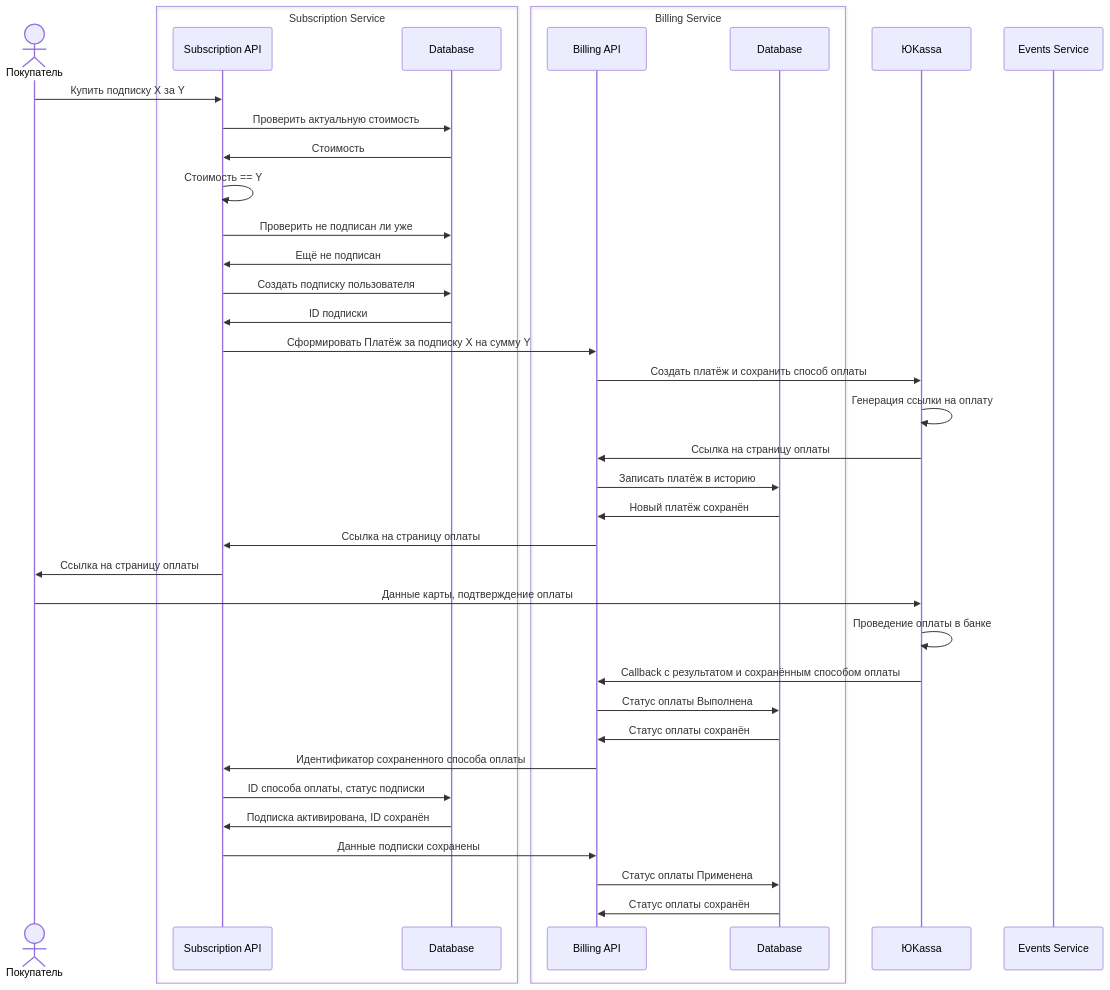
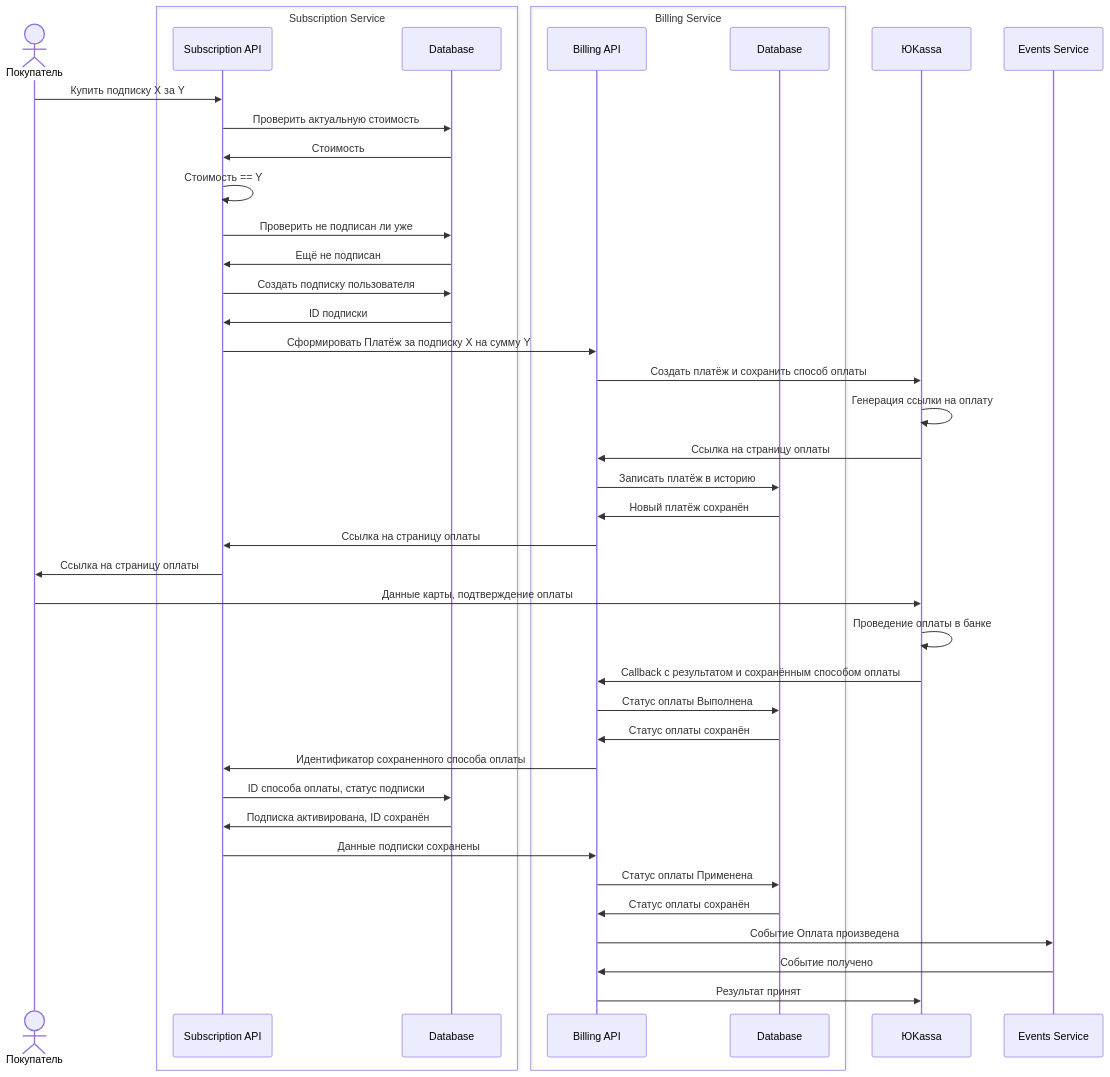
One commit to smb13/graduate_work changed the second of 4 diagrams in architecture/sequence_diagram.md. Above: the diagram before and after it, drawn with Mermaid.

Commit message:
fix sequence_diagram.md Оплата подписки

````diff
--- a/architecture/sequence_diagram.md
+++ b/architecture/sequence_diagram.md
@@ -16,45 +16,47 @@
 ```mermaid
 sequenceDiagram
     actor User as Покупатель
     box Subscription Service
         participant SubAPI as Subscription API
         participant SubDB as Database
     end
     box Billing Service
         participant BillAPI as Billing API
         participant BillDB as Database
     end
     participant YooKassa as ЮKassa
     participant Events as Events Service
 
     User->>SubAPI: Купить подписку X за Y
     SubAPI->>SubDB: Проверить актуальную стоимость
     SubDB->>SubAPI: Стоимость
     SubAPI->>SubAPI: Стоимость == Y
     SubAPI->>SubDB: Проверить не подписан ли уже
     SubDB->>SubAPI: Ещё не подписан
     SubAPI->>SubDB: Создать подписку пользователя
     SubDB->>SubAPI: ID подписки
 
     SubAPI->>BillAPI: Сформировать Платёж за подписку X на сумму Y
     BillAPI->>YooKassa: Создать платёж и сохранить способ оплаты
     YooKassa->>YooKassa: Генерация ссылки на оплату
     YooKassa->>BillAPI: Ссылка на страницу оплаты
     BillAPI->>BillDB: Записать платёж в историю
     BillDB->>BillAPI: Новый платёж сохранён
     BillAPI->>SubAPI: Ссылка на страницу оплаты
     SubAPI->>User: Ссылка на страницу оплаты
 
     User->>YooKassa: Данные карты, подтверждение оплаты
     YooKassa->>YooKassa: Проведение оплаты в банке
     YooKassa->>BillAPI: Callback с результатом и сохранённым способом оплаты
     BillAPI->>BillDB: Статус оплаты Выполнена
     BillDB->>BillAPI: Статус оплаты сохранён
     BillAPI->>SubAPI: Идентификатор сохраненного способа оплаты
     SubAPI->>SubDB: ID способа оплаты, статус подписки
     SubDB->>SubAPI: Подписка активирована, ID сохранён
     SubAPI->>BillAPI: Данные подписки сохранены
     BillAPI->>BillDB: Статус оплаты Применена
     BillDB->>BillAPI: Статус оплаты сохранён
-    
+    BillAPI->>Events: Событие Оплата произведена
+    Events->>BillAPI: Событие получено
+    BillAPI->>YooKassa: Результат принят
 ```
````
